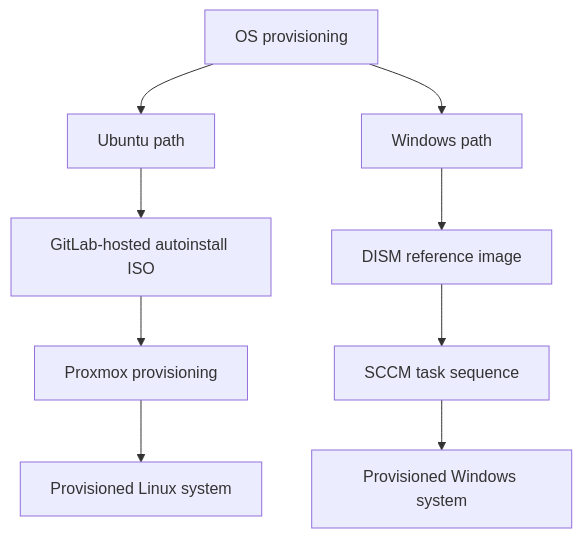
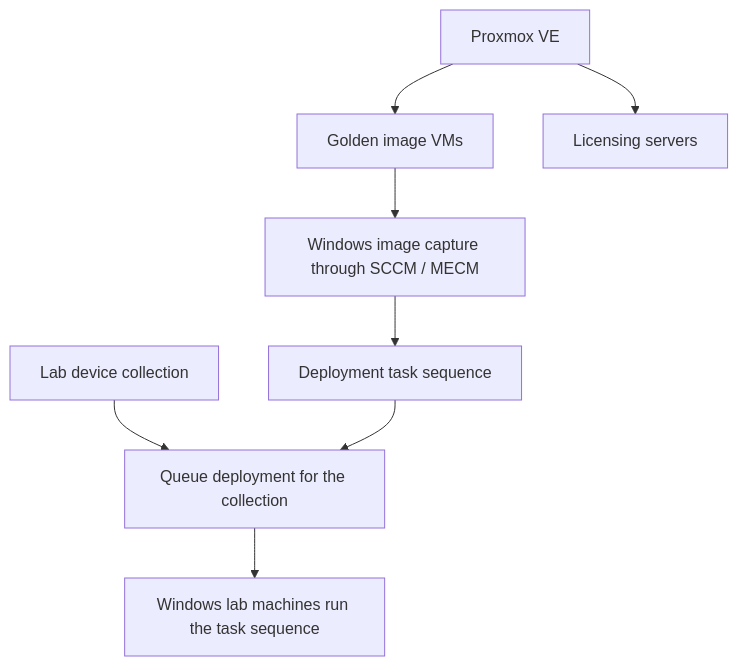
One commit to bpf00010/bpf00010.github.io changed the diagram in docs/engineering/lab-provisioning.md. Above: the diagram before and after it, drawn with Mermaid. The commit also changed other lines of this file and 8 other files, not shown here.

````diff
--- a/docs/engineering/lab-provisioning.md
+++ b/docs/engineering/lab-provisioning.md
@@ -10,11 +19,10 @@
 ```mermaid
 flowchart TD
-    A[OS provisioning] --> B[Ubuntu path]
-    A --> C[Windows path]
-    B --> D[GitLab-hosted autoinstall ISO]
-    D --> E[Proxmox provisioning]
-    C --> F[DISM reference image]
-    F --> G[SCCM task sequence]
-    E --> H[Provisioned Linux system]
-    G --> I[Provisioned Windows system]
+    P[Proxmox VE] --> G[Golden image VMs]
+    P --> L[Licensing servers]
+    G --> C[Windows image capture through SCCM / MECM]
+    C --> T[Deployment task sequence]
+    D[Lab device collection] --> Q[Queue deployment for the collection]
+    T --> Q
+    Q --> W[Windows lab machines run the task sequence]
 ```
````
